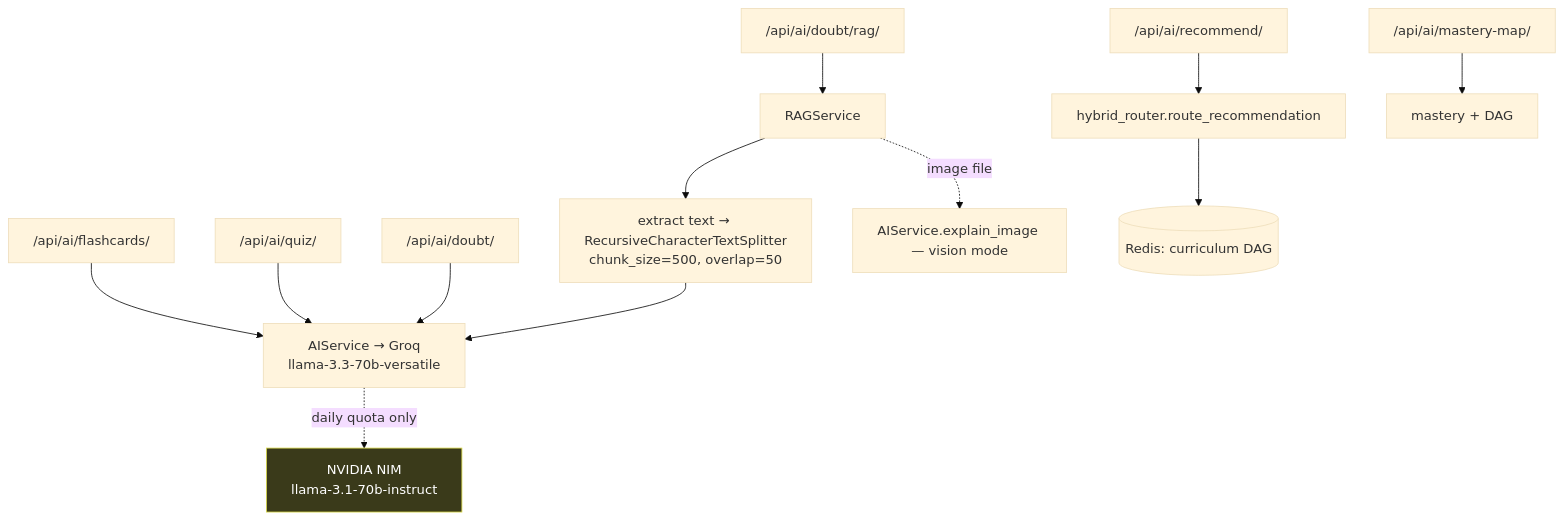
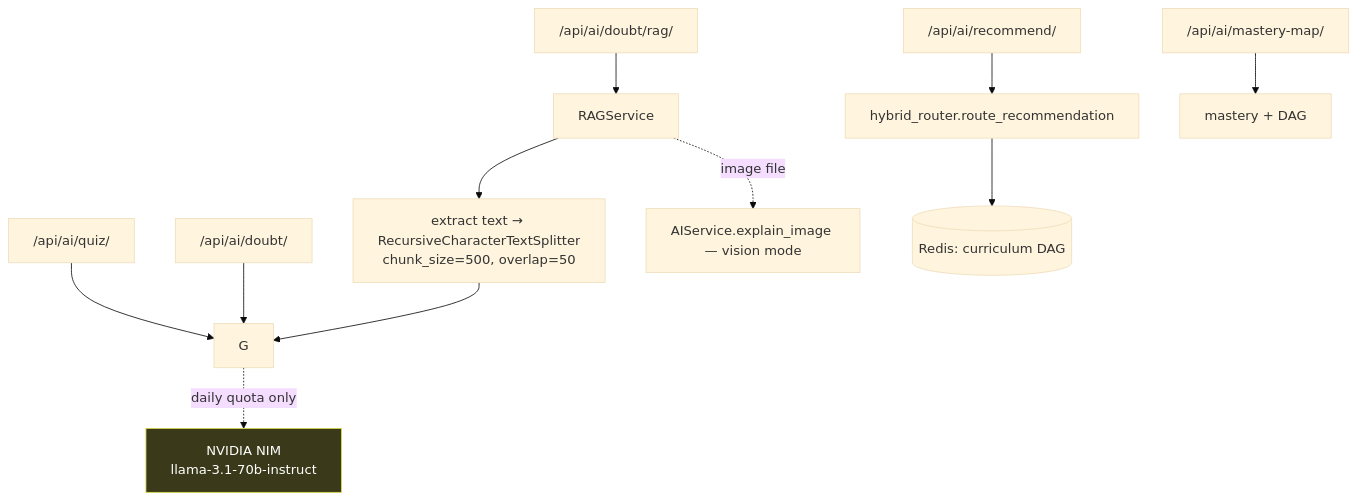
Diagram 11 of 14 in docs/02_BACKEND_WORKFLOW.md (Kurapati-Sai-Suhas/SparkLM), drawn with Mermaid (base theme) before and after one commit. The commit also changed other lines of this file and 3 other files, not shown here.

````diff
--- a/docs/02_BACKEND_WORKFLOW.md
+++ b/docs/02_BACKEND_WORKFLOW.md
@@ -867,17 +866,16 @@
 ```mermaid
 graph TD
-    A["/api/ai/flashcards/"] --> G["AIService → Groq<br/>llama-3.3-70b-versatile"]
     B["/api/ai/quiz/"] --> G
     C["/api/ai/doubt/"] --> G
     D["/api/ai/doubt/rag/"] --> R["RAGService"]
     E["/api/ai/recommend/"] --> H["hybrid_router.route_recommendation"]
     F["/api/ai/mastery-map/"] --> M["mastery + DAG"]
 
     R --> T["extract text → RecursiveCharacterTextSplitter<br/>chunk_size=500, overlap=50"]
     T --> G
     R -.->|"image file"| V["AIService.explain_image — vision mode"]
     G -.->|"daily quota only"| N["NVIDIA NIM<br/>llama-3.1-70b-instruct"]
     H --> K[("Redis: curriculum DAG")]
 
     style N fill:#3a3a1a,stroke:#d9d94a,color:#fff
 ```
````
